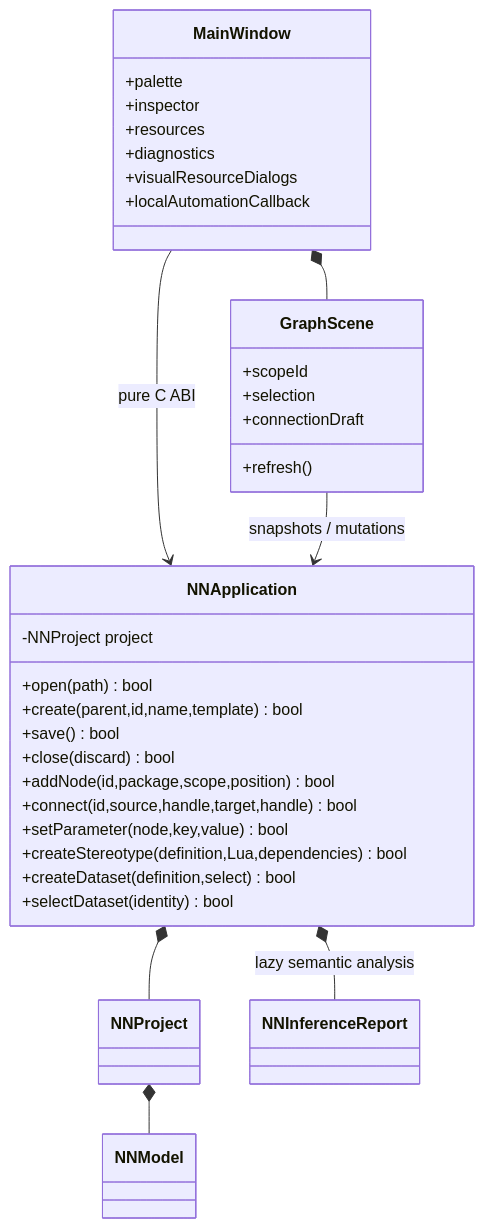
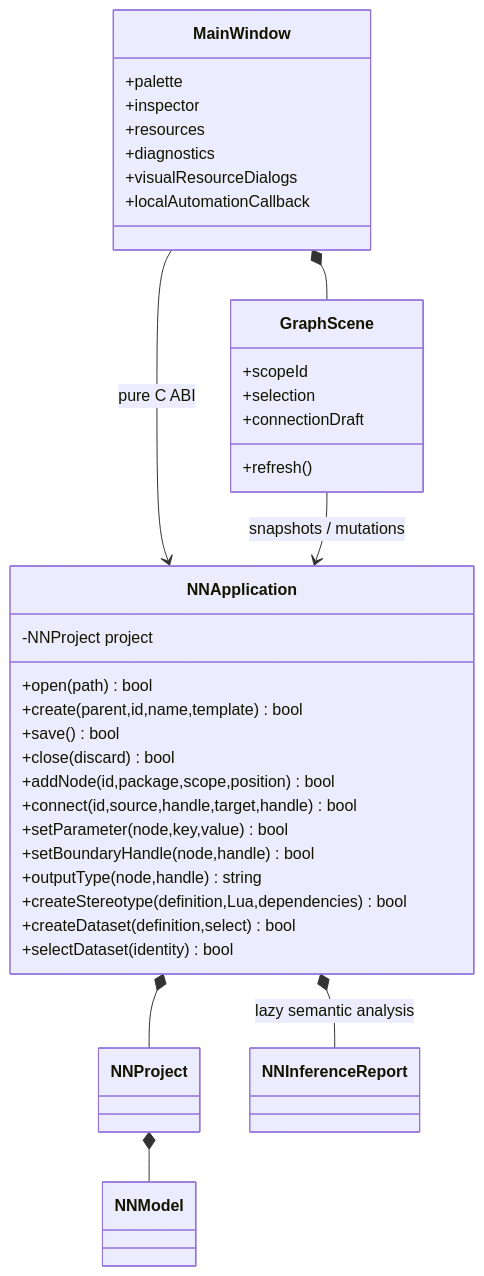
The diagram in docs/knowledge/uml/editor.md (LucaSforza/nnmodelling-ui), drawn with Mermaid before and after one commit. The commit also changed other lines of this file and 19 other files, not shown here.

````diff
--- a/docs/knowledge/uml/editor.md
+++ b/docs/knowledge/uml/editor.md
@@ -3,36 +3,38 @@
 ```mermaid
 classDiagram
     class NNApplication {
       -NNProject project
       +open(path) bool
       +create(parent,id,name,template) bool
       +save() bool
       +close(discard) bool
       +addNode(id,package,scope,position) bool
       +connect(id,source,handle,target,handle) bool
       +setParameter(node,key,value) bool
+      +setBoundaryHandle(node,handle) bool
+      +outputType(node,handle) string
       +createStereotype(definition,Lua,dependencies) bool
       +createDataset(definition,select) bool
       +selectDataset(identity) bool
     }
     class MainWindow {
       +palette
       +inspector
       +resources
       +diagnostics
       +visualResourceDialogs
       +localAutomationCallback
     }
     class GraphScene {
       +scopeId
       +selection
       +connectionDraft
       +refresh()
     }
     MainWindow --> NNApplication : pure C ABI
     MainWindow *-- GraphScene
     GraphScene --> NNApplication : snapshots / mutations
     NNApplication *-- NNProject
     NNProject *-- NNModel
     NNApplication *-- NNInferenceReport : lazy semantic analysis
 ```
````
